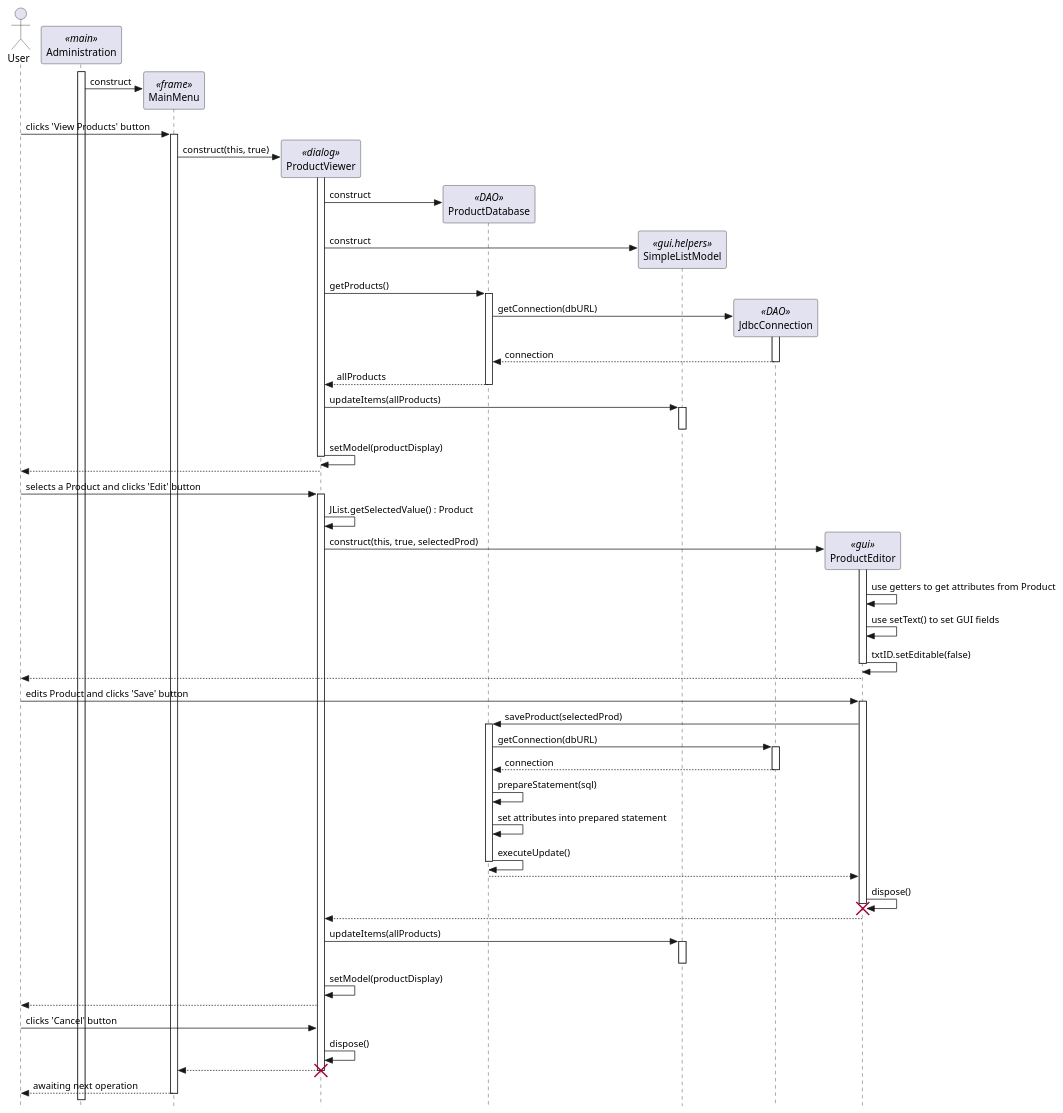
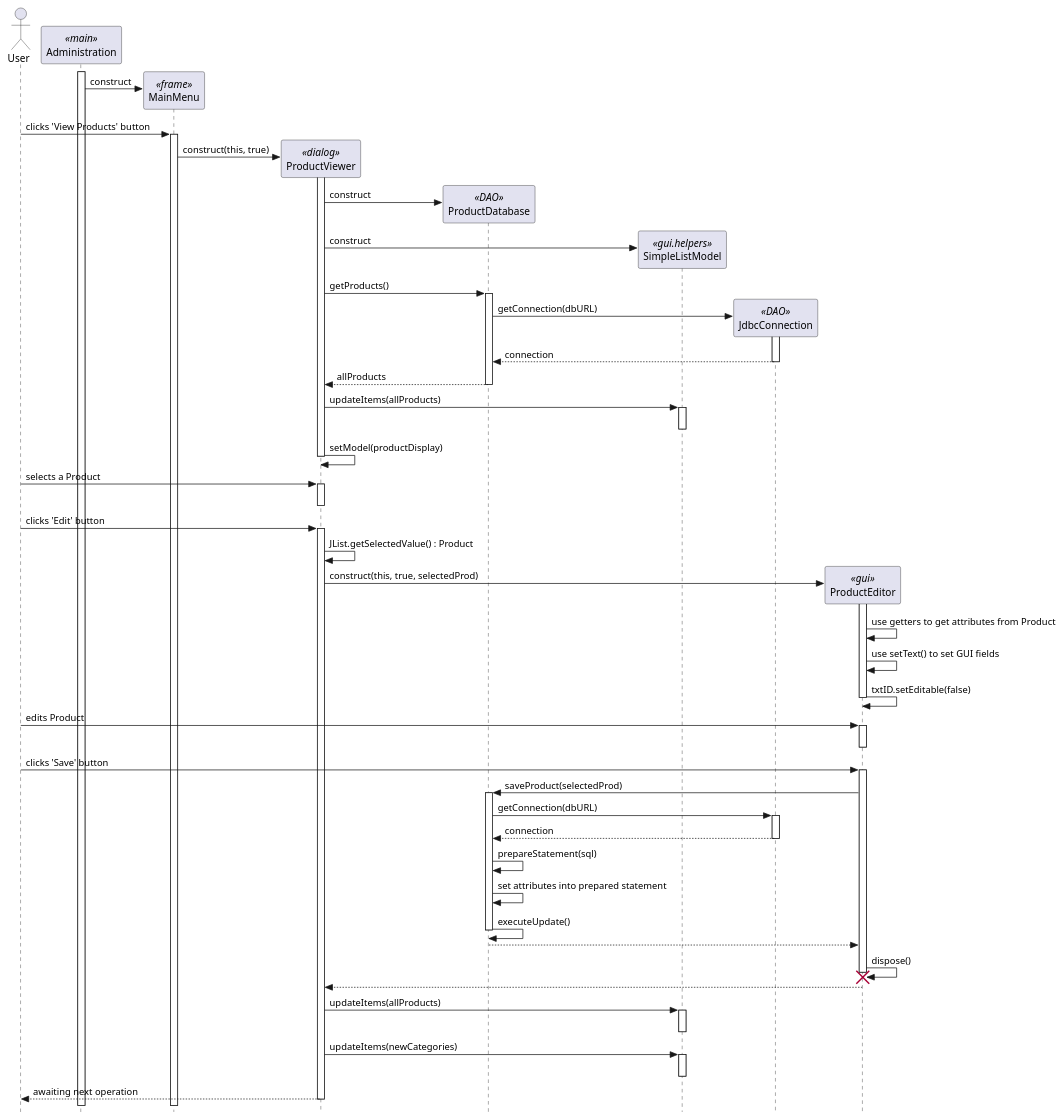
Before and after one commit to nikolahmcwin/shoppingSystem-info202: the diagram in sequenceDiagrams/editExistingProduct.puml, drawn with PlantUML. The commit also changed 3 other files, not shown here.

Commit message:
Minor edits and consistency added to sequence diagrams. References #10

```diff
--- a/sequenceDiagrams/editExistingProduct.puml
+++ b/sequenceDiagrams/editExistingProduct.puml
@@ -1,113 +1,107 @@
 @startuml
 
 ' use strict UML mode
 skinparam style strictuml
 
 ' create actor user
 actor "User" as user
 
 ' create main adminstration 
 participant "Administration" as main <<main>>
 main++
 
 ' create main menu frame
 create "MainMenu" as menu <<frame>>
 main -> menu : construct
 
 user -> menu++ : clicks 'View Products' button
 
 ' create product viewer dialog
 create "ProductViewer" as viewer <<dialog>>
 menu -> viewer :  construct(this, true)
 
 viewer++
 
 ' create a DAO
 create "ProductDatabase" as dao <<DAO>>
 viewer -> dao : construct 
 
 ' create the simple model list
 create "SimpleListModel" as modellist <<gui.helpers>>
 viewer -> modellist : construct
 
 
 
 ' get the products from dao database
 viewer -> dao++ : getProducts()
 'dao -> dao : JdbcConnection.getConnection(dbURL)
 'dao -> dao : dbCon.prepareStatement(sql);
 'dao -> dao : stmt.executeQuery()
 
 create "JdbcConnection" as jdbc <<DAO>>
 dao -> jdbc++ : getConnection(dbURL)
 jdbc --> dao : connection
 jdbc--
 
 dao --> viewer : allProducts
 dao--
 
 ' put products in Simple List Model
 viewer -> modellist++ : updateItems(allProducts)
 modellist--
 
 ' update list to display products
 viewer -> viewer : setModel(productDisplay)
 viewer--
 
-viewer --> user
+'viewer --> user
 
 ' Pull out selected product to edit
-user -> viewer++ : selects a Product and clicks 'Edit' button
+user -> viewer++ : selects a Product 
+viewer--
+user -> viewer++ : clicks 'Edit' button
 viewer -> viewer : JList.getSelectedValue() : Product
 
 ' Create editor dialog and fill in the fields
 create "ProductEditor" as editor <<gui>>
 viewer -> editor++ : construct(this, true, selectedProd)
 
 editor -> editor : use getters to get attributes from Product
 editor -> editor : use setText() to set GUI fields
 editor -> editor : txtID.setEditable(false)
 editor--
-editor --> user
+'editor --> user
 
-user -> editor++ : edits Product and clicks 'Save' button
+user -> editor++ : edits Product
+editor--
+user -> editor++ : clicks 'Save' button
 editor -> dao++ : saveProduct(selectedProd)
 
 
 
 dao -> jdbc++ : getConnection(dbURL)
 jdbc--> dao : connection
 jdbc--
 
 dao -> dao : prepareStatement(sql)
 dao -> dao : set attributes into prepared statement
 dao -> dao : executeUpdate()
 dao--
 
 ' dispose editor as save is successful
 dao --> editor
 editor -> editor : dispose()
 destroy editor
 
 editor --> viewer
 
 ' put products in Simple List Model
 viewer -> modellist++ : updateItems(allProducts)
 modellist--
 
-' update list to display products
-viewer -> viewer : setModel(productDisplay)
+viewer -> modellist++ :updateItems(newCategories)
+modellist--
 
-viewer --> user
-
-user-> viewer : clicks 'Cancel' button
-viewer -> viewer : dispose()
-
-' show control returning to menu as viewer closes
-viewer --> menu 
-destroy viewer
-
-menu --> user-- : awaiting next operation
-
+viewer --> user-- : awaiting next operation
 
 @enduml
```
